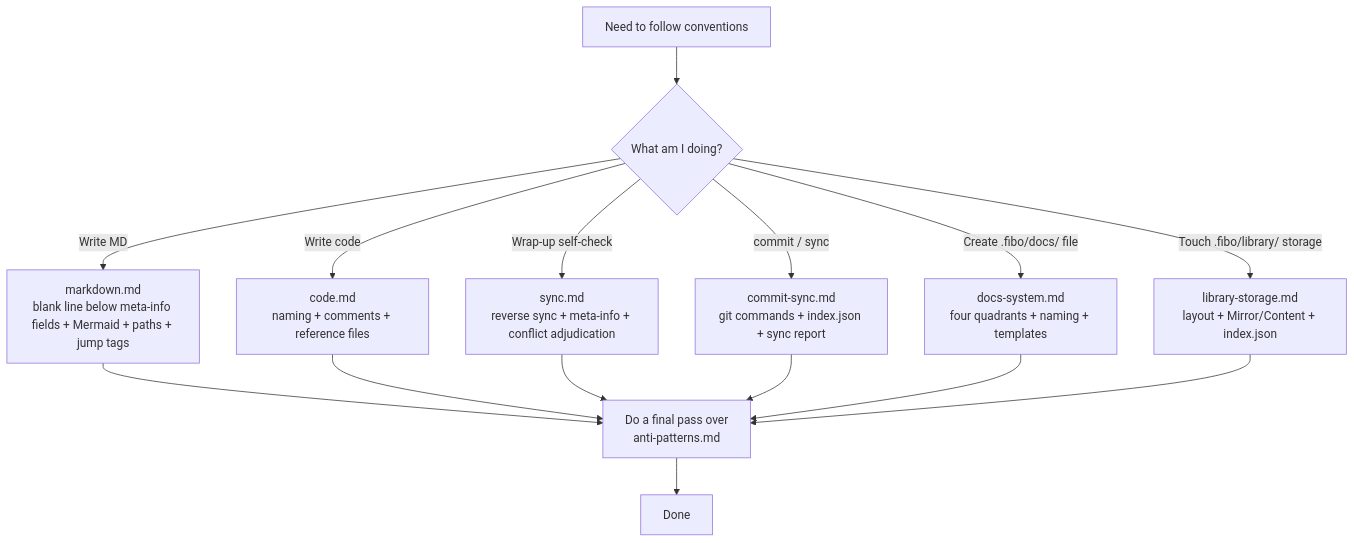
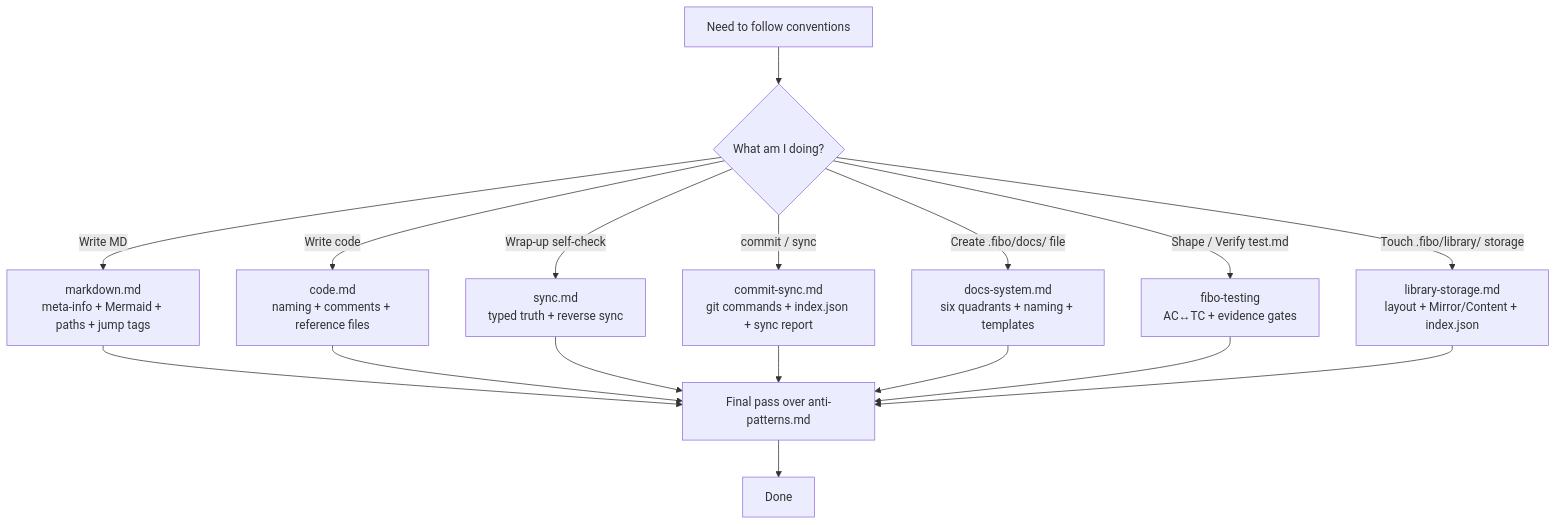
Before and after one commit to Alenkz12/FiboSkills: the diagram in fibo-conventions/SKILL.md, drawn with Mermaid. The commit also changed other lines of this file and 96 other files, not shown here.

````diff
--- a/fibo-conventions/SKILL.md
+++ b/fibo-conventions/SKILL.md
@@ -36,12 +37,13 @@
 ```mermaid
 flowchart TD
-  START[Need to follow conventions] --> Q{What am I doing?}
-  Q -->|Write MD| MD[markdown.md<br/>blank line below meta-info fields + Mermaid + paths + jump tags]
-  Q -->|Write code| CD[code.md<br/>naming + comments + reference files]
-  Q -->|Wrap-up self-check| SY[sync.md<br/>reverse sync + meta-info + conflict adjudication]
-  Q -->|commit / sync| CS[commit-sync.md<br/>git commands + index.json + sync report]
-  Q -->|Create .fibo/docs/ file| DS[docs-system.md<br/>four quadrants + naming + templates]
-  Q -->|Touch .fibo/library/ storage| LB[library-storage.md<br/>layout + Mirror/Content + index.json]
-  MD & CD & SY & CS & DS & LB --> AP[Do a final pass over<br/>anti-patterns.md]
-  AP --> END[Done]
+  conventions_start_001["Need to follow conventions"] --> activity_choice_002{"What am I doing?"}
+  activity_choice_002 -->|Write MD| markdown_rules_003["markdown.md<br/>meta-info + Mermaid + paths + jump tags"]
+  activity_choice_002 -->|Write code| code_rules_004["code.md<br/>naming + comments + reference files"]
+  activity_choice_002 -->|Wrap-up self-check| sync_rules_005["sync.md<br/>typed truth + reverse sync"]
+  activity_choice_002 -->|commit / sync| commit_rules_006["commit-sync.md<br/>git commands + index.json + sync report"]
+  activity_choice_002 -->|Create .fibo/docs/ file| docs_rules_007["docs-system.md<br/>six quadrants + naming + templates"]
+  activity_choice_002 -->|Shape / Verify test.md| testing_skill_008["fibo-testing<br/>AC↔TC + evidence gates"]
+  activity_choice_002 -->|Touch .fibo/library/ storage| library_rules_009["library-storage.md<br/>layout + Mirror/Content + index.json"]
+  markdown_rules_003 & code_rules_004 & sync_rules_005 & commit_rules_006 & docs_rules_007 & testing_skill_008 & library_rules_009 --> anti_pattern_check_010["Final pass over anti-patterns.md"]
+  anti_pattern_check_010 --> conventions_done_011["Done"]
 ```
````
